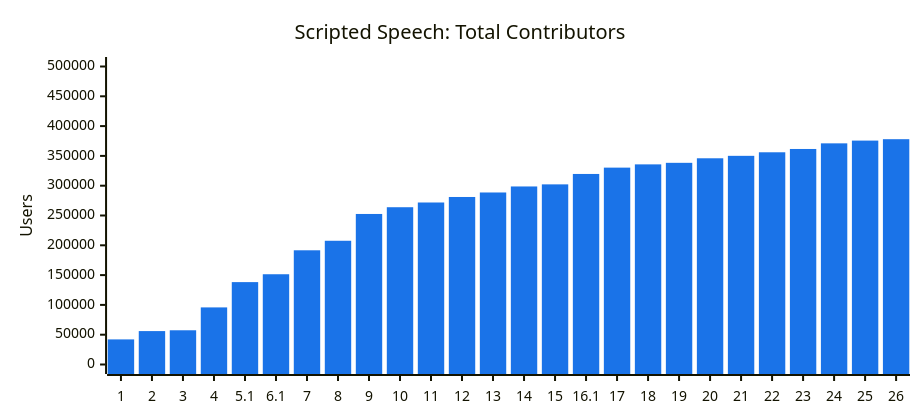
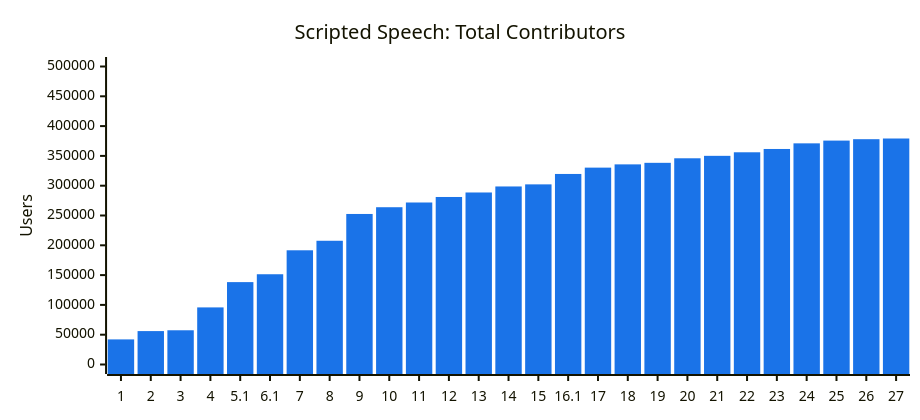
Before and after one commit to common-voice/cv-dataset: the second of 3 diagrams in datasets/scripted-speech/README.md, drawn with Mermaid. The commit also changed other lines of this file and 3 other files, not shown here.

````diff
--- a/datasets/scripted-speech/README.md
+++ b/datasets/scripted-speech/README.md
@@ -33,16 +33,16 @@
 ```mermaid
 ---
 config:
     xyChart:
         width: 900
         height: 400
     themeVariables:
         xyChart:
             plotColorPalette: "#1a73e8"
 ---
 xychart-beta
     title "Scripted Speech: Total Contributors"
-    x-axis ["1","2","3","4","5.1","6.1","7","8","9","10","11","12","13","14","15","16.1","17","18","19","20","21","22","23","24","25","26"]
+    x-axis ["1","2","3","4","5.1","6.1","7","8","9","10","11","12","13","14","15","16.1","17","18","19","20","21","22","23","24","25","26","27"]
     y-axis "Users" 0 --> 500000
-    bar [42109,56059,57420,95798,138225,151434,191622,207602,252576,263879,271817,281069,288617,298724,302232,319703,330323,335780,338378,345996,350098,356074,361614,371058,375673,378025]
+    bar [42109,56059,57420,95798,138225,151434,191622,207602,252576,263879,271817,281069,288617,298724,302232,319703,330323,335780,338378,345996,350098,356074,361614,371058,375673,378025,379190]
 ```
````
